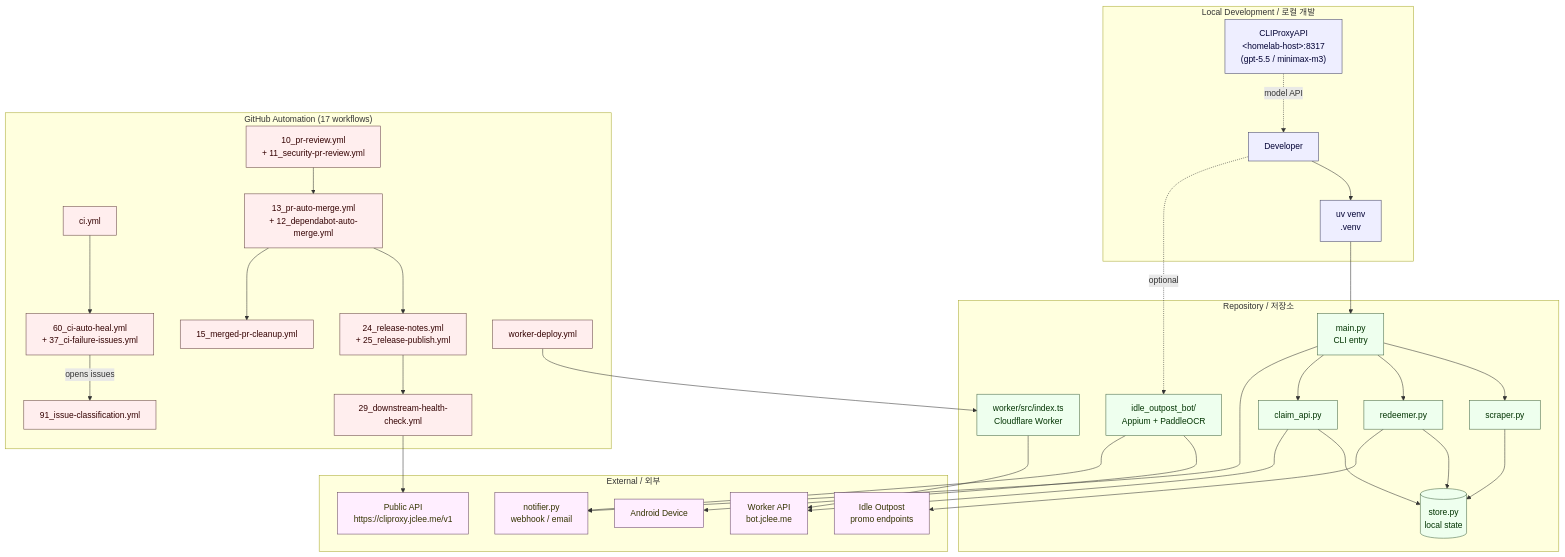
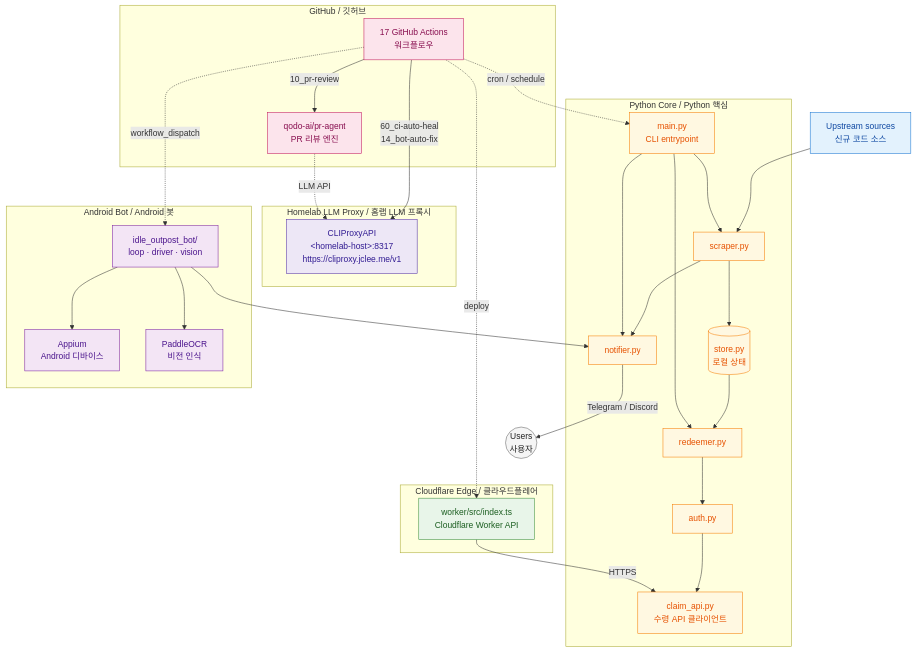
Before and after one commit to jclee941/idle-outpost: the diagram in README.md, drawn with Mermaid. The commit also changed other lines of this file, not shown here.

Commit message:
docs: auto-update README.md (#352)

````diff
--- a/README.md
+++ b/README.md
@@ -71,77 +78,65 @@
 ```mermaid
 flowchart TB
-    classDef dev fill:#eef,stroke:#446,color:#003
-    classDef repo fill:#efe,stroke:#464,color:#030
-    classDef gh fill:#fee,stroke:#644,color:#300
-    classDef ext fill:#fef,stroke:#646,color:#330
-    classDef bot fill:#ffe,stroke:#664,color:#440
+    classDef src fill:#e3f2fd,stroke:#1976d2,color:#0d47a1
+    classDef py fill:#fff8e1,stroke:#f57c00,color:#e65100
+    classDef bot fill:#f3e5f5,stroke:#7b1fa2,color:#4a148c
+    classDef edge fill:#e8f5e9,stroke:#388e3c,color:#1b5e20
+    classDef gh fill:#fce4ec,stroke:#c2185b,color:#880e4f
+    classDef proxy fill:#ede7f6,stroke:#512da8,color:#311b92
+    classDef user fill:#f5f5f5,stroke:#616161,color:#212121
 
-    subgraph DEV["Local Development / 로컬 개발"]
-        Dev["Developer"]
-        CLIProxy["CLIProxyAPI<br/>&lt;homelab-host&gt;:8317<br/>(gpt-5.5 / minimax-m3)"]
-        Venv["uv venv<br/>.venv"]
+    Sources["Upstream sources<br/>신규 코드 소스"]:::src
+    Users(("Users<br/>사용자")):::user
+
+    subgraph GH["GitHub / 깃허브"]
+        Actions["17 GitHub Actions<br/>워크플로우"]:::gh
+        Qodo["qodo-ai/pr-agent<br/>PR 리뷰 엔진"]:::gh
     end
 
-    subgraph REPO["Repository / 저장소"]
-        Main["main.py<br/>CLI entry"]
-        Scraper["scraper.py"]
-        Redeemer["redeemer.py"]
-        Claim["claim_api.py"]
-        Store[("store.py<br/>local state")]
-        Bot["idle_outpost_bot/<br/>Appium + PaddleOCR"]
-        Worker["worker/src/index.ts<br/>Cloudflare Worker"]
+    subgraph Proxy["Homelab LLM Proxy / 홈랩 LLM 프록시"]
+        CLIProxy["CLIProxyAPI<br/>&lt;homelab-host&gt;:8317<br/>https://cliproxy.jclee.me/v1"]:::proxy
     end
 
-    subgraph GH["GitHub Automation (17 workflows)"]
-        CI["ci.yml"]
-        PR["10_pr-review.yml<br/>+ 11_security-pr-review.yml"]
-        Merge["13_pr-auto-merge.yml<br/>+ 12_dependabot-auto-merge.yml"]
-        Heal["60_ci-auto-heal.yml<br/>+ 37_ci-failure-issues.yml"]
-        Release["24_release-notes.yml<br/>+ 25_release-publish.yml"]
-        Classify["91_issue-classification.yml"]
-        Cleanup["15_merged-pr-cleanup.yml"]
-        Health["29_downstream-health-check.yml"]
-        WorkerDeploy["worker-deploy.yml"]
+    subgraph PyCore["Python Core / Python 핵심"]
+        Main["main.py<br/>CLI entrypoint"]:::py
+        Scraper["scraper.py"]:::py
+        Store[("store.py<br/>로컬 상태")]:::py
+        Redeemer["redeemer.py"]:::py
+        Auth["auth.py"]:::py
+        ClaimAPI["claim_api.py<br/>수령 API 클라이언트"]:::py
+        Notifier["notifier.py"]:::py
     end
 
-    subgraph EXT["External / 외부"]
-        Endpoint["Public API<br/>https://cliproxy.jclee.me/v1"]
-        BotAPI["Worker API<br/>bot.jclee.me"]
-        Game["Idle Outpost<br/>promo endpoints"]
-        Device["Android Device"]
-        Notifier["notifier.py<br/>webhook / email"]
+    subgraph Bot["Android Bot / Android 봇"]
+        BotPkg["idle_outpost_bot/<br/>loop · driver · vision"]:::bot
+        Appium["Appium<br/>Android 디바이스"]:::bot
+        OCR["PaddleOCR<br/>비전 인식"]:::bot
     end
 
-    Dev --> Venv
-    Venv --> Main
-    CLIProxy -.->|model API| Dev
-    Dev -.->|optional| Bot
-    Bot --> Device
+    subgraph Edge["Cloudflare Edge / 클라우드플레어"]
+        Worker["worker/src/index.ts<br/>Cloudflare Worker API"]:::edge
+    end
 
+    Sources --> Scraper
+    Scraper --> Store
+    Scraper --> Notifier
+    Notifier -->|Telegram / Discord| Users
+    Redeemer --> Auth
+    Auth --> ClaimAPI
+    Store --> Redeemer
     Main --> Scraper
     Main --> Redeemer
-    Main --> Claim
-    Scraper --> Store
-    Redeemer --> Store
-    Claim --> Store
-    Redeemer --> Game
-    Claim --> BotAPI
-    Worker --> BotAPI
-    WorkerDeploy --> Worker
+    Main --> Notifier
 
-    Main --> Notifier
-    Bot --> Notifier
+    Worker -->|HTTPS| ClaimAPI
+    BotPkg --> Appium
+    BotPkg --> OCR
+    BotPkg --> Notifier
 
-    CI --> Heal
-    Heal -->|opens issues| Classify
-    PR --> Merge
-    Merge --> Release
-    Merge --> Cleanup
-    Release --> Health
-    Health --> Endpoint
-
-    class Dev,CLIProxy,Venv dev
-    class Main,Scraper,Redeemer,Claim,Store,Bot,Worker repo
-    class CI,PR,Merge,Heal,Release,Classify,Cleanup,Health,WorkerDeploy gh
-    class Endpoint,BotAPI,Game,Device,Notifier ext
+    Actions -.->|cron / schedule| Main
+    Actions -.->|deploy| Worker
+    Actions -.->|workflow_dispatch| BotPkg
+    Actions -->|10_pr-review| Qodo
+    Actions -->|60_ci-auto-heal<br/>14_bot-auto-fix| CLIProxy
+    Qodo -.->|LLM API| CLIProxy
 ```
````
